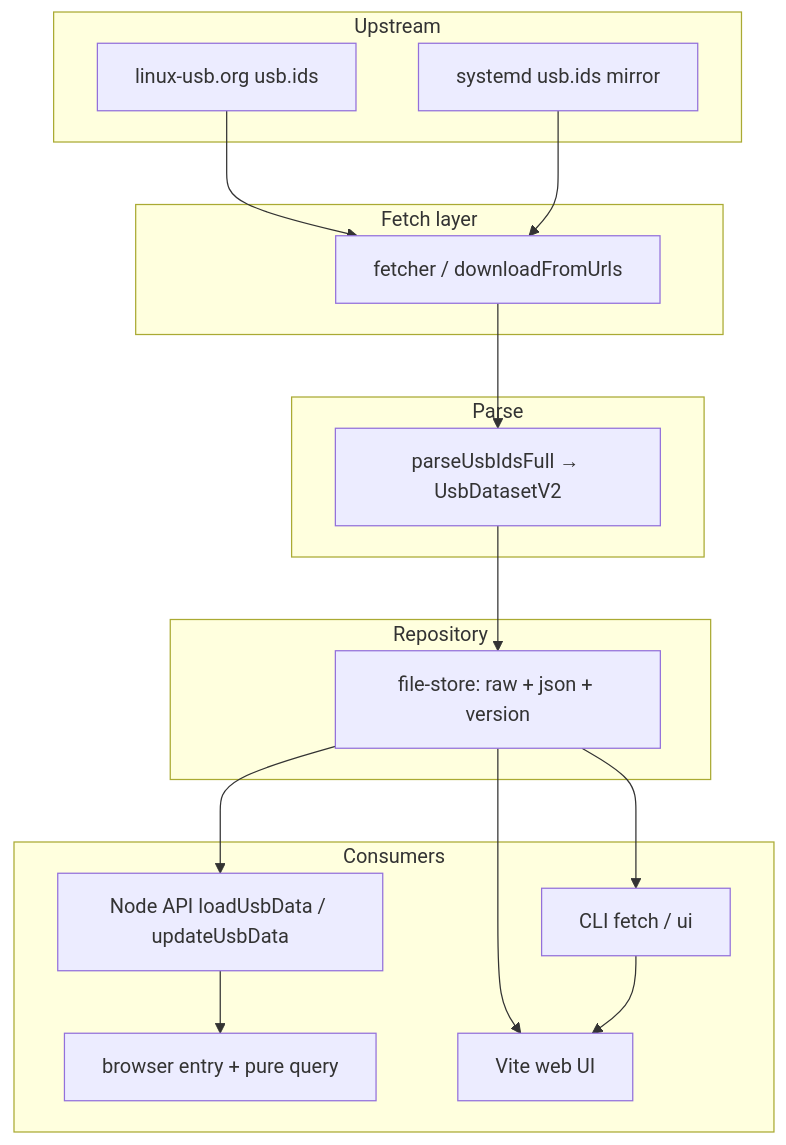
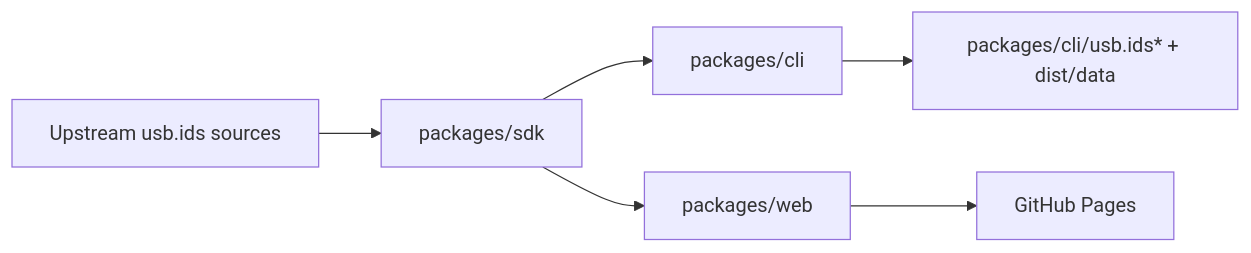
The diagram in docs/architecture.md (Drswith/usb.ids), drawn with Mermaid before and after one commit. The commit also changed other lines of this file and 130 other files, not shown here.

````diff
--- a/docs/architecture.md
+++ b/docs/architecture.md
@@ -5,31 +5,8 @@
 ```mermaid
-flowchart TB
-  subgraph sources [Upstream]
-    U1[linux-usb.org usb.ids]
-    U2[systemd usb.ids mirror]
-  end
-  subgraph fetch [Fetch layer]
-    F[fetcher / downloadFromUrls]
-  end
-  subgraph parse [Parse]
-    P[parseUsbIdsFull → UsbDatasetV2]
-  end
-  subgraph io [Repository]
-    R[file-store: raw + json + version]
-  end
-  subgraph consumers [Consumers]
-    API[Node API loadUsbData / updateUsbData]
-    BR[browser entry + pure query]
-    CLI[CLI fetch / ui]
-    UI[Vite web UI]
-  end
-  U1 --> F
-  U2 --> F
-  F --> P
-  P --> R
-  R --> API
-  R --> CLI
-  API --> BR
-  R --> UI
-  CLI --> UI
+flowchart LR
+  U[Upstream usb.ids sources] --> SDK[packages/sdk]
+  SDK --> CLI[packages/cli]
+  SDK --> WEB[packages/web]
+  CLI --> DATA[packages/cli/usb.ids* + dist/data]
+  WEB --> PAGES[GitHub Pages]
 ```
````
